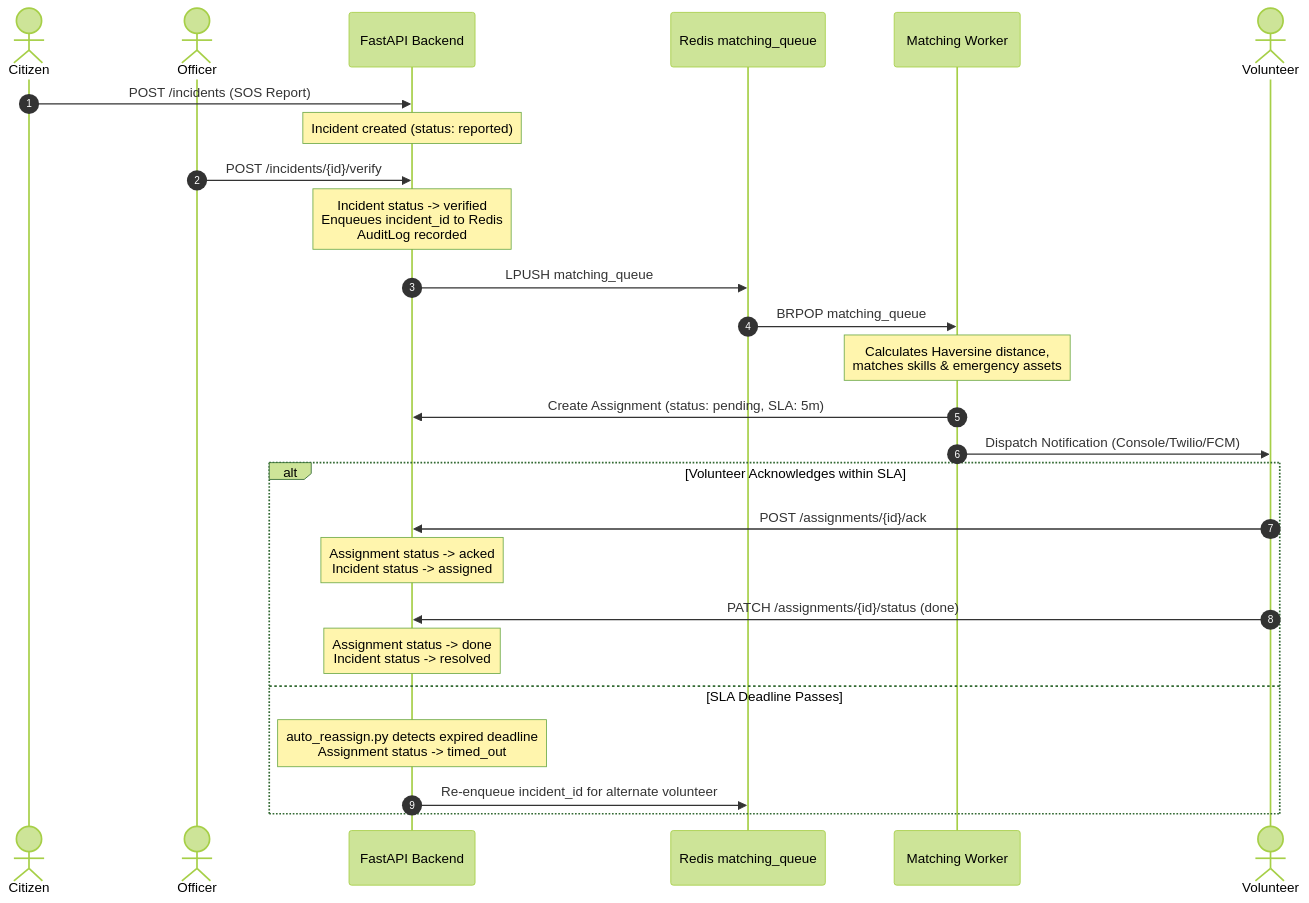
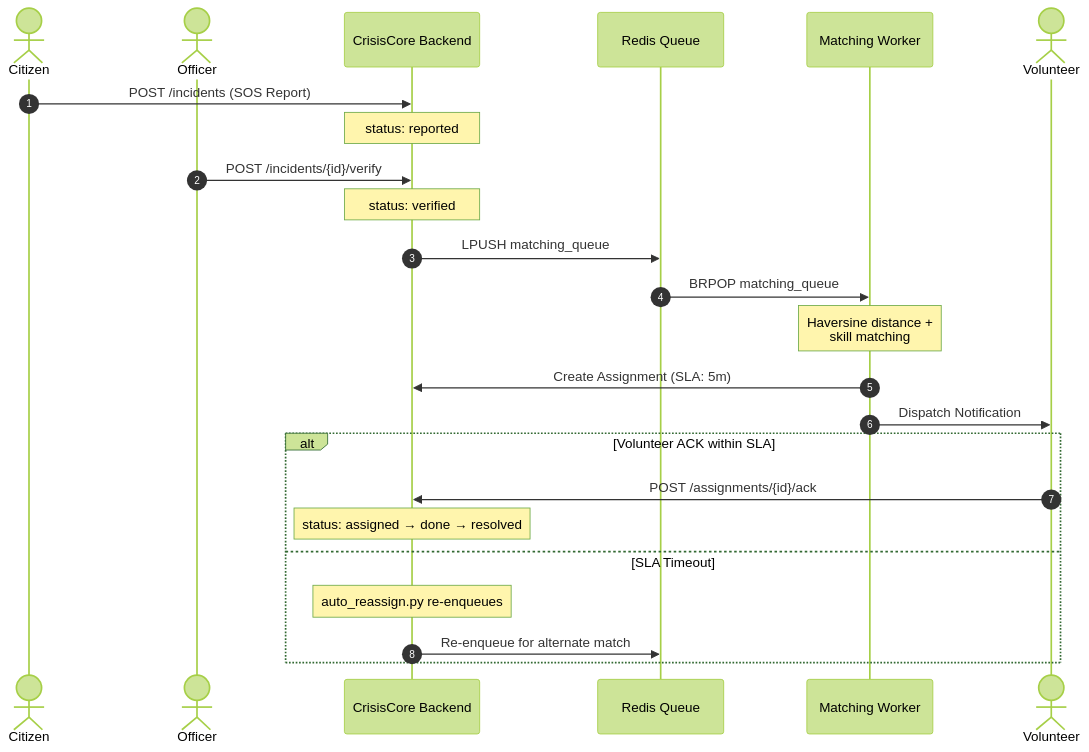
Before and after one commit to aryankalpeshchavan-glitch/Samvedna-SIH2026: the third of 3 diagrams in README.md, drawn with Mermaid (forest theme). The commit also changed other lines of this file, not shown here.

````diff
--- a/README.md
+++ b/README.md
@@ -298,30 +353,28 @@
 ```mermaid
 sequenceDiagram
     autonumber
     actor Citizen
     actor Officer
-    participant Backend as FastAPI Backend
-    participant Redis as Redis matching_queue
+    participant API as CrisisCore Backend
+    participant Redis as Redis Queue
     participant Worker as Matching Worker
     actor Volunteer
 
-    Citizen->>Backend: POST /incidents (SOS Report)
-    Note over Backend: Incident created (status: reported)
-    Officer->>Backend: POST /incidents/{id}/verify
-    Note over Backend: Incident status -> verified<br/>Enqueues incident_id to Redis<br/>AuditLog recorded
-    Backend->>Redis: LPUSH matching_queue
+    Citizen->>API: POST /incidents (SOS Report)
+    Note over API: status: reported
+    Officer->>API: POST /incidents/{id}/verify
+    Note over API: status: verified
+    API->>Redis: LPUSH matching_queue
     Redis->>Worker: BRPOP matching_queue
-    Note over Worker: Calculates Haversine distance,<br/>matches skills & emergency assets
-    Worker->>Backend: Create Assignment (status: pending, SLA: 5m)
-    Worker->>Volunteer: Dispatch Notification (Console/Twilio/FCM)
+    Note over Worker: Haversine distance +<br/>skill matching
+    Worker->>API: Create Assignment (SLA: 5m)
+    Worker->>Volunteer: Dispatch Notification
 
-    alt Volunteer Acknowledges within SLA
-        Volunteer->>Backend: POST /assignments/{id}/ack
-        Note over Backend: Assignment status -> acked<br/>Incident status -> assigned
-        Volunteer->>Backend: PATCH /assignments/{id}/status (done)
-        Note over Backend: Assignment status -> done<br/>Incident status -> resolved
-    else SLA Deadline Passes
-        Note over Backend: auto_reassign.py detects expired deadline<br/>Assignment status -> timed_out
-        Backend->>Redis: Re-enqueue incident_id for alternate volunteer
+    alt Volunteer ACK within SLA
+        Volunteer->>API: POST /assignments/{id}/ack
+        Note over API: status: assigned → done → resolved
+    else SLA Timeout
+        Note over API: auto_reassign.py re-enqueues
+        API->>Redis: Re-enqueue for alternate match
     end
 ```
````
